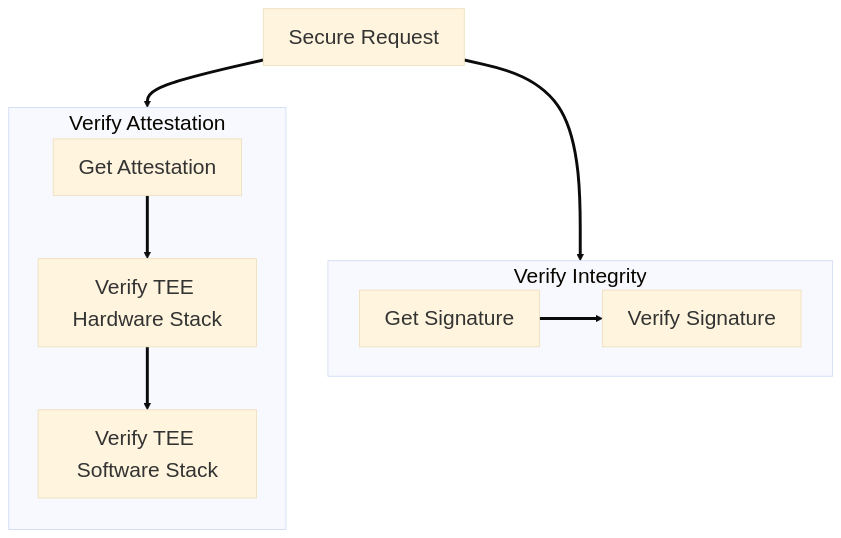
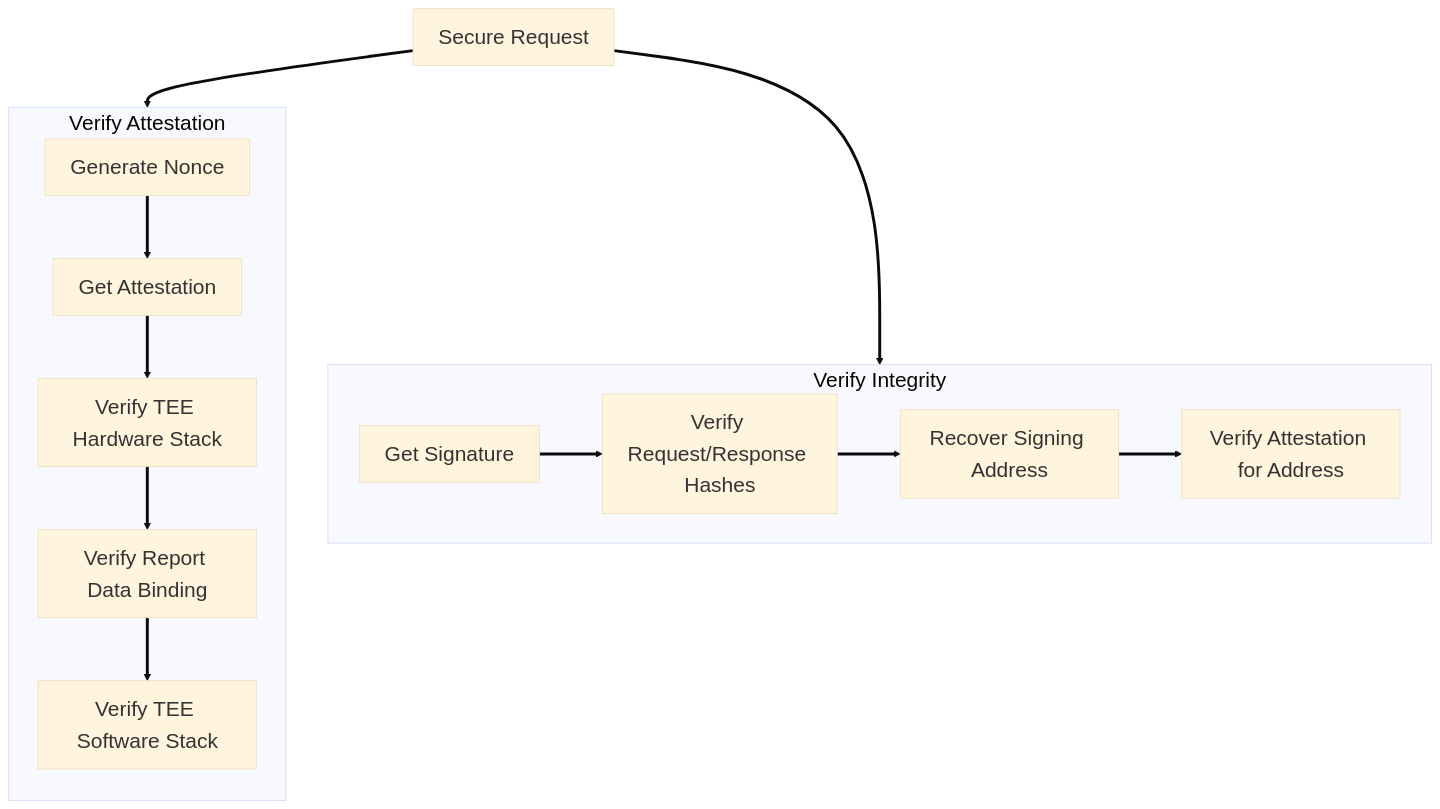
One commit to Phala-Network/phala-docs changed the diagram in phala-cloud/confidential-ai/verify/overview.mdx. Above: the diagram before and after it, drawn with Mermaid. The commit also changed other lines of this file and 2 other files, not shown here.

Commit message:
conf-ai: update verify docs

````diff
--- a/phala-cloud/confidential-ai/verify/overview.mdx
+++ b/phala-cloud/confidential-ai/verify/overview.mdx
@@ -30,14 +30,18 @@
 ```mermaid
 %%{init: {'theme': 'base', 'themeVariables': { 'fontSize': '25px', 'fontFamily': 'arial', 'lineWidth': '3px' }}}%%
 flowchart TD
   subgraph Attestation [Verify Attestation]
     direction TB
-    A0[Get Attestation] ==> A1
-    A1[Verify TEE Hardware Stack] ==> A2[Verify TEE Software Stack]
+    A0[Generate Nonce] ==> A1[Get Attestation]
+    A1 ==> A2[Verify TEE Hardware Stack]
+    A2 ==> A3[Verify Report Data Binding]
+    A3 ==> A4[Verify TEE Software Stack]
   end
   subgraph Signature [Verify Integrity]
-    S1[Get Signature] ==> S2[Verify Signature]
+    S1[Get Signature] ==> S2[Verify Request/Response Hashes]
+    S2 ==> S3[Recover Signing Address]
+    S3 ==> S4[Verify Attestation for Address]
   end
   Request[Secure Request] ==> Attestation
   Request ==> Signature
 ```
````
